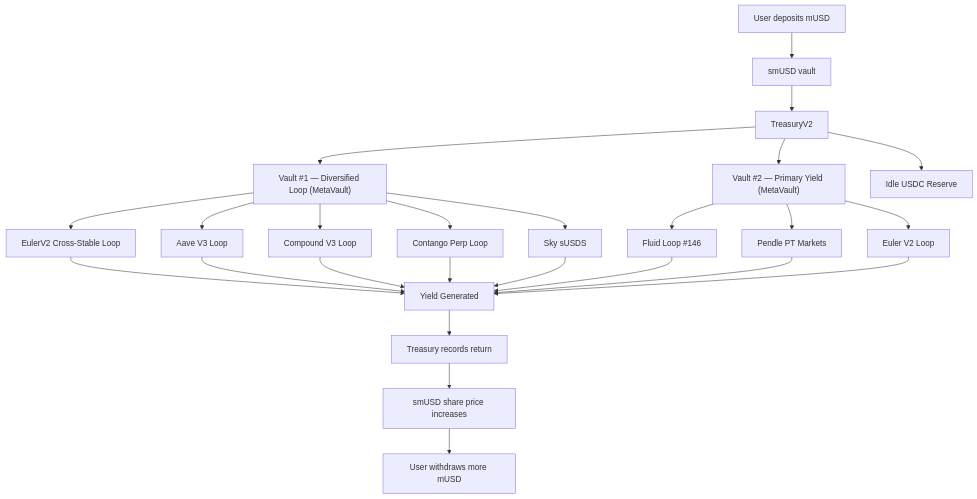
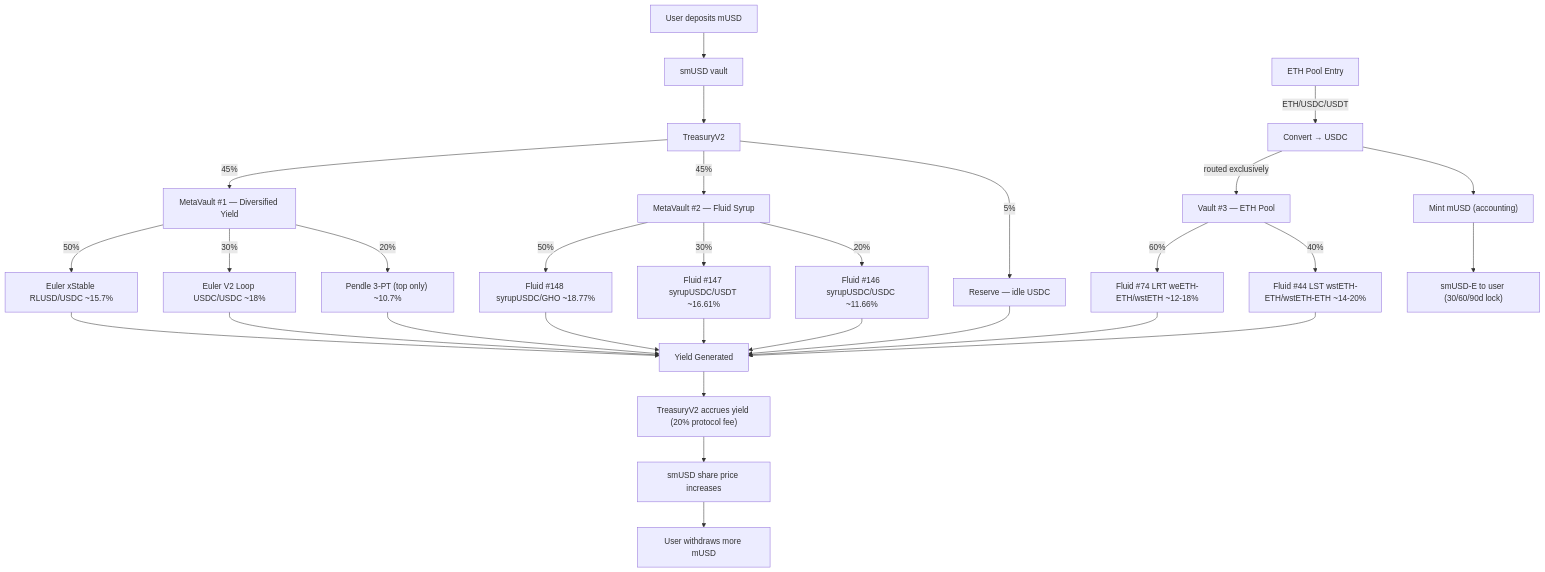
The seventh of 10 diagrams in docs/DIAGRAMS.md (luthatdude/Minted-mUSD-Canton), drawn with Mermaid before and after one commit. The commit also changed other lines of this file and 18 other files, not shown here.

````diff
--- a/docs/DIAGRAMS.md
+++ b/docs/DIAGRAMS.md
@@ -175,32 +175,39 @@
 ```mermaid
 flowchart TD
     A[User deposits mUSD] --> B[smUSD vault]
     B --> C[TreasuryV2]
     
-    C --> V1["Vault #1 — Diversified Loop (MetaVault)"]
-    C --> V2["Vault #2 — Primary Yield (MetaVault)"]
-    C --> R[Idle USDC Reserve]
+    C -->|45%| V1["MetaVault #1 — Diversified Yield"]
+    C -->|45%| V2["MetaVault #2 — Fluid Syrup"]
+    C -->|5%| R["Reserve — idle USDC"]
     
-    V1 --> S1[EulerV2 Cross-Stable Loop]
-    V1 --> S2[Aave V3 Loop]
-    V1 --> S3[Compound V3 Loop]
-    V1 --> S4[Contango Perp Loop]
-    V1 --> S5[Sky sUSDS]
+    V1 -->|50%| S1["Euler xStable RLUSD/USDC ~15.7%"]
+    V1 -->|30%| S2["Euler V2 Loop USDC/USDC ~18%"]
+    V1 -->|20%| S3["Pendle 3-PT (top only) ~10.7%"]
     
-    V2 --> S6[Fluid Loop #146]
-    V2 --> S7[Pendle PT Markets]
-    V2 --> S8[Euler V2 Loop]
+    V2 -->|50%| S4["Fluid #148 syrupUSDC/GHO ~18.77%"]
+    V2 -->|30%| S5["Fluid #147 syrupUSDC/USDT ~16.61%"]
+    V2 -->|20%| S6["Fluid #146 syrupUSDC/USDC ~11.66%"]
+    
+    EP["ETH Pool Entry"] -->|ETH/USDC/USDT| SWAP["Convert → USDC"]
+    SWAP -->|routed exclusively| V3["Vault #3 — ETH Pool"]
+    SWAP --> MINT["Mint mUSD (accounting)"]
+    MINT --> SMUSD["smUSD-E to user (30/60/90d lock)"]
+    
+    V3 -->|60%| S8["Fluid #74 LRT weETH-ETH/wstETH ~12-18%"]
+    V3 -->|40%| S9["Fluid #44 LST wstETH-ETH/wstETH-ETH ~14-20%"]
     
     S1 --> Y[Yield Generated]
     S2 --> Y
     S3 --> Y
     S4 --> Y
     S5 --> Y
     S6 --> Y
-    S7 --> Y
     S8 --> Y
+    S9 --> Y
+    R --> Y
     
-    Y --> J[Treasury records return]
+    Y --> J["TreasuryV2 accrues yield (20% protocol fee)"]
     J --> K[smUSD share price increases]
     K --> L[User withdraws more mUSD]
 ```
````
